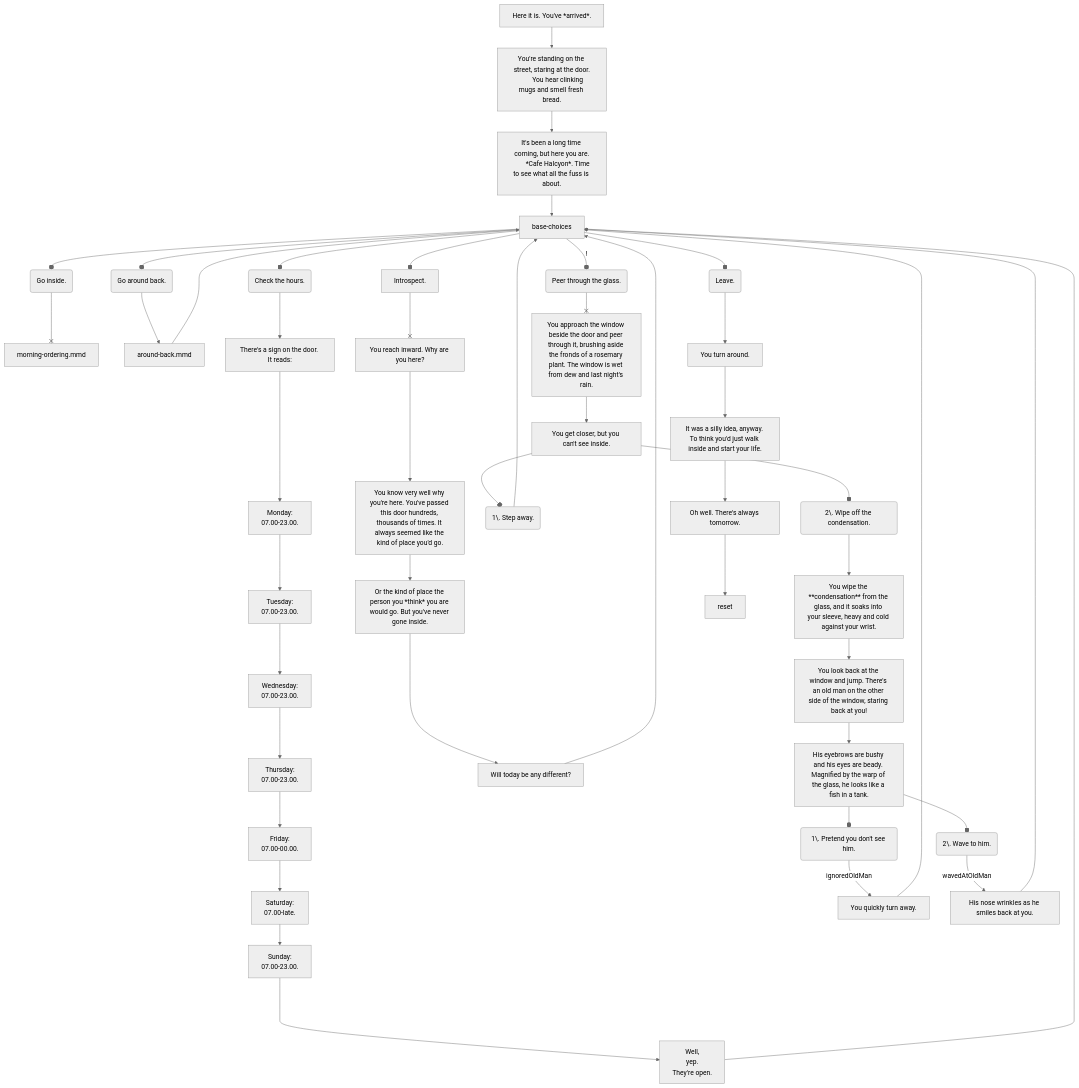
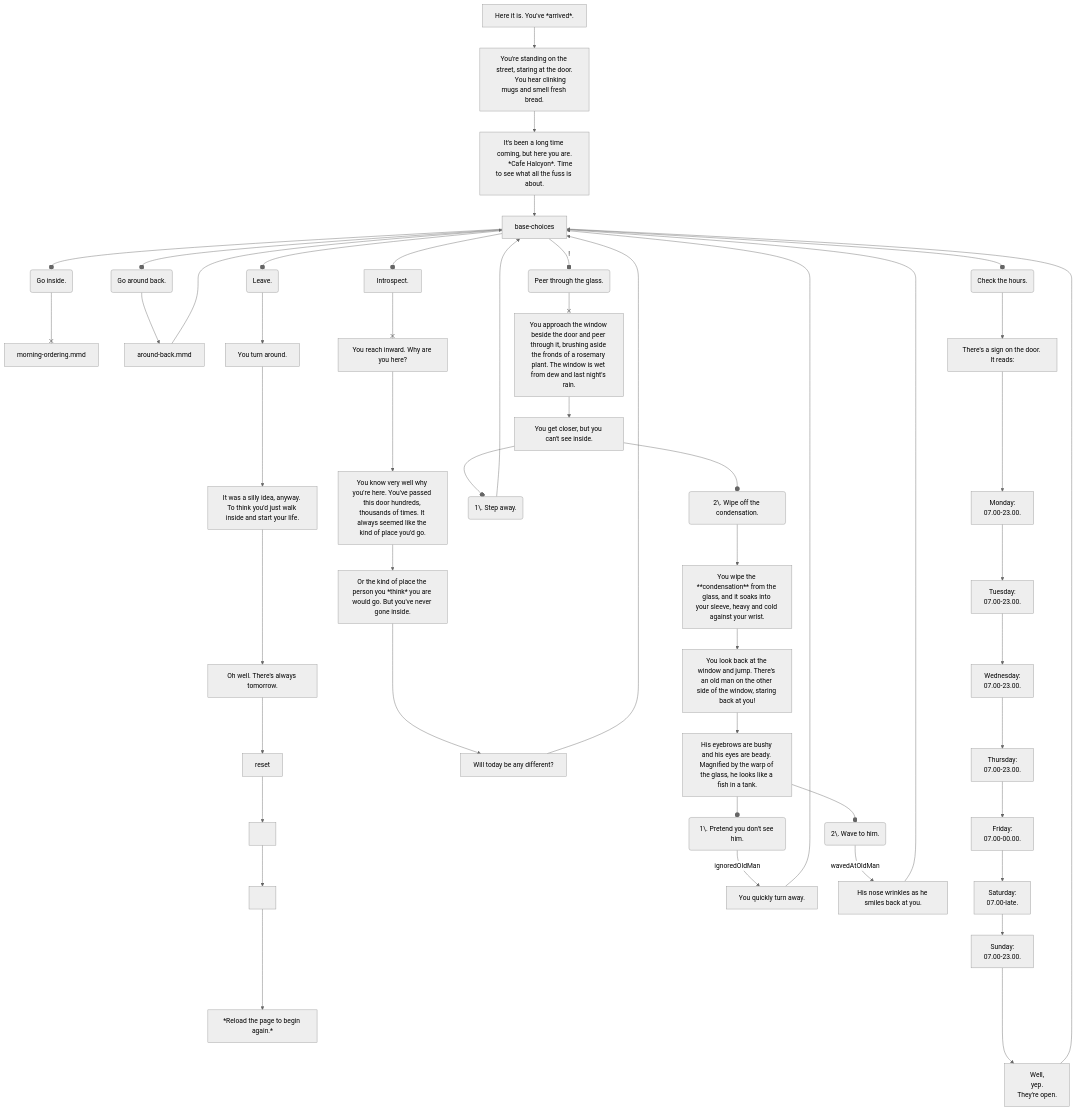
The diagram in src/assets/scenes/morning-start-outside.mmd (probablyduncan/cafe), drawn with Mermaid (neutral theme) before and after one commit. The commit also changed 3 other files, not shown here.

```diff
--- a/src/assets/scenes/morning-start-outside.mmd
+++ b/src/assets/scenes/morning-start-outside.mmd
@@ -1,107 +1,110 @@
 flowchart TD
     i[Here it is. You've *arrived*.]
     --> ii[
         You're standing on the street, staring at the door.
         You hear clinking mugs and smell fresh bread.
     ]
     --> iii[
         It's been a long time coming, but here you are.
         *Cafe Halcyon*. Time to see what all the fuss is about.
     ]
     iii --> base-choices
     
     %% hub
     base-choices --o go-inside(Go inside.) --x inside[morning-ordering.mmd]
     base-choices --o check-hours(Check the hours.)
     base-choices --o investigate-feelings[Introspect.]
     base-choices -- ! --o peer-through-glass(Peer through the glass.)
     base-choices --o go-around-back(Go around back.) --> around-back[around-back.mmd] --> base-choices
     base-choices --o leave(Leave.)
 
     %% 
     %% hours
     %% 
 
     check-hours 
     --> check-hours-i[There's a sign on the door. It reads:]
     ---> mon[
         Monday:
         07.00-23.00.
     ]
     --> tues[
         Tuesday:
         07.00-23.00.
     ]
     --> wed[
         Wednesday:
         07.00-23.00.
     ]
     --> thurs[
         Thursday:
         07.00-23.00.
     ]
     --> fri[
         Friday:
         07.00-00.00.
     ]
     --> sat[
         Saturday:
         07.00-late.
     ]
     --> sun[
         Sunday:
         07.00-23.00.
     ]
     ----> check-hours-iii[
         Well,
         yep.
         They're open.
     ]
     --> base-choices
 
     %% 
     %% investigate your feelings
     %% 
 
     investigate-feelings --x if1[You reach inward. Why are you here?]
     ---> if6[You know very well why you're here. You've passed this door hundreds, thousands of times. It always seemed like the kind of place you'd go.]
     --> if5[Or the kind of place the person you *think* you are would go. But you've never gone inside.]
     ---> if8[Will today be any different?]
     --> base-choices
 
     %% 
     %% peer through glass
     %% 
 
     peer-through-glass --x peer-through-glass-i[You approach the window beside the door and peer through it, brushing aside the fronds of a rosemary plant. The window is wet from dew and last night's rain.]
     --> peer-through-glass-ii[You get closer, but you can't see inside.]
 
     %% don't wipe glass
     peer-through-glass-ii 
     --o peer-through-glass-ii-i(1\. Step away.)
     --> base-choices
 
     %% surprise! old man
     peer-through-glass-ii --o peer-through-glass-ii-ii(2\. Wipe off the condensation.) 
     --> peer-through-glass-iii[You wipe the **condensation** from the glass, and it soaks into your sleeve, heavy and cold against your wrist.]
     --> peer-through-glass-iv[You look back at the window and jump. There's an old man on the other side of the window, staring back at you!]
     --> peer-through-glass-v[His eyebrows are bushy and his eyes are beady. Magnified by the warp of the glass, he looks like a fish in a tank.]
 
     %% ignore him
     peer-through-glass-v --o peer-through-glass-v-i(1\. Pretend you don't see him.) 
     -- ignoredOldMan --> peer-through-glass-v-i-i[You quickly turn away.] 
     --> base-choices
 
     %% wave at him
     peer-through-glass-v --o peer-through-glass-v-ii(2\. Wave to him.) 
     -- wavedAtOldMan --> peer-through-glass-v-ii-i[His nose wrinkles as he smiles back at you.] 
     --> base-choices
     
     %% 
     %% leave
     %% 
 
     leave --> leave-i[You turn around.]
-    --> leave-ii[It was a silly idea, anyway. To think you'd just walk inside and start your life.]
-    --> leave-iii[Oh well. There's always tomorrow.]
+    ---> leave-ii[It was a silly idea, anyway. To think you'd just walk inside and start your life.]
+    ---> leave-iii[Oh well. There's always tomorrow.]
     --> reset
+    --> s1[&nbsp;]
+    --> s2[&nbsp;]
+    ----> info[*Reload the page to begin again.*]
```
